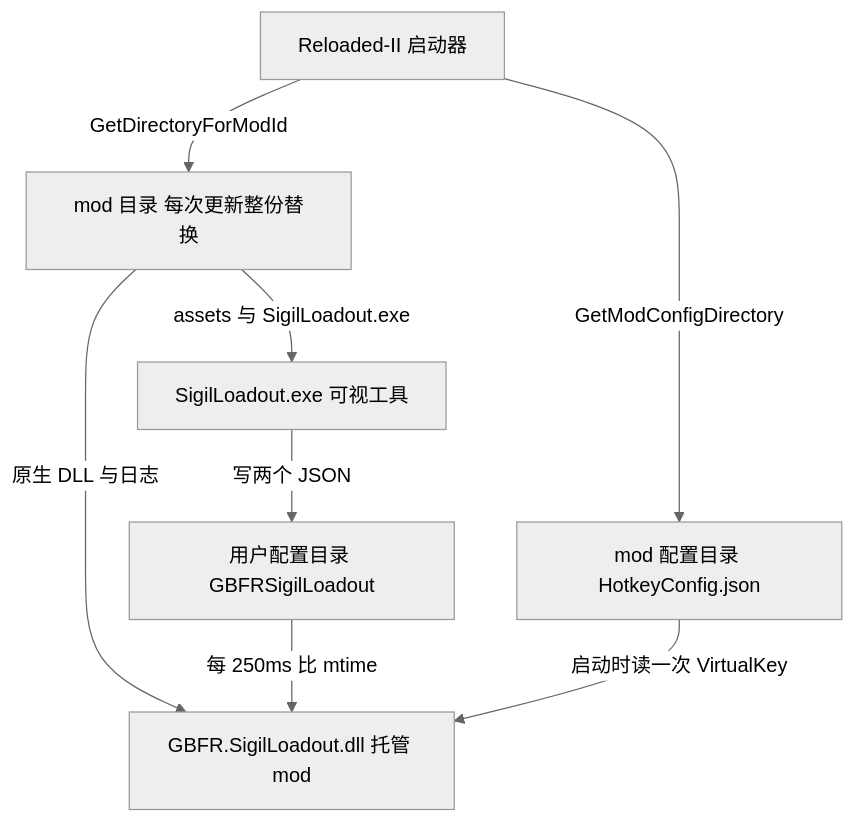
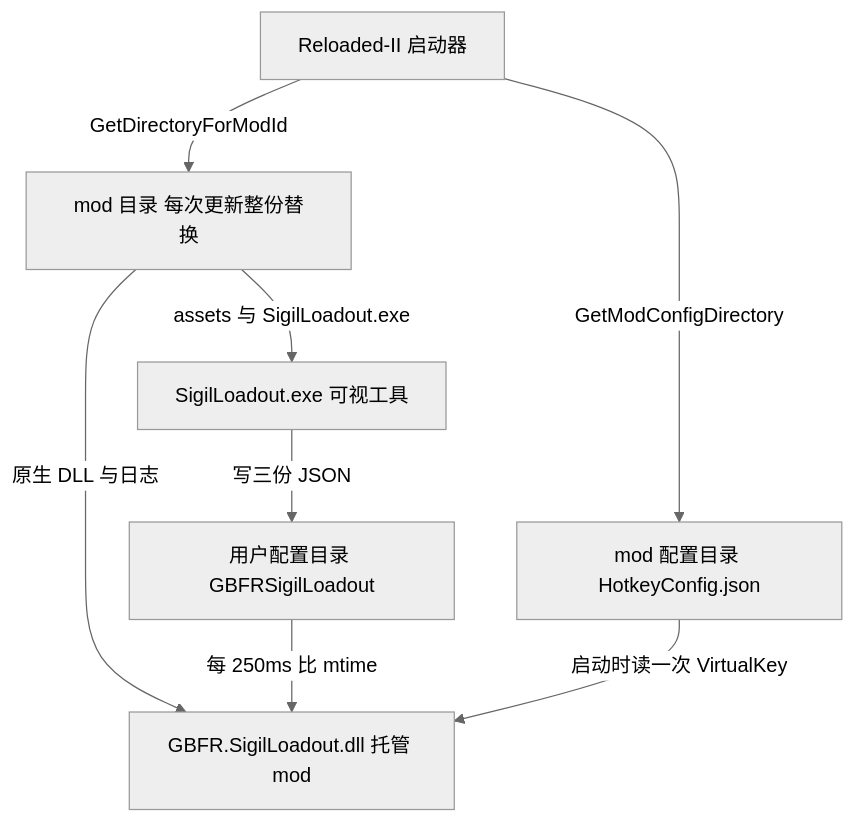
The first of 2 diagrams in openwiki/integrations/host-and-dependencies.md (baagod/GBFR-Sigil-Loadout), drawn with Mermaid (neutral theme) before and after one commit. The commit also changed other lines of this file and 52 other files, not shown here.

````diff
--- a/openwiki/integrations/host-and-dependencies.md
+++ b/openwiki/integrations/host-and-dependencies.md
@@ -149,11 +162,11 @@
 ```mermaid
 flowchart TB
     Loader["Reloaded-II 启动器"]
     Loader -->|"GetDirectoryForModId"| ModDir["mod 目录 每次更新整份替换"]
     Loader -->|"GetModConfigDirectory"| CfgDir["mod 配置目录 HotkeyConfig.json"]
     ModDir -->|"原生 DLL 与日志"| Managed["GBFR.SigilLoadout.dll 托管 mod"]
     ModDir -->|"assets 与 SigilLoadout.exe"| Tool["SigilLoadout.exe 可视工具"]
     CfgDir -->|"启动时读一次 VirtualKey"| Managed
-    Tool -->|"写两个 JSON"| UserDir["用户配置目录 GBFRSigilLoadout"]
+    Tool -->|"写三份 JSON"| UserDir["用户配置目录 GBFRSigilLoadout"]
     UserDir -->|"每 250ms 比 mtime"| Managed
 ```
````
